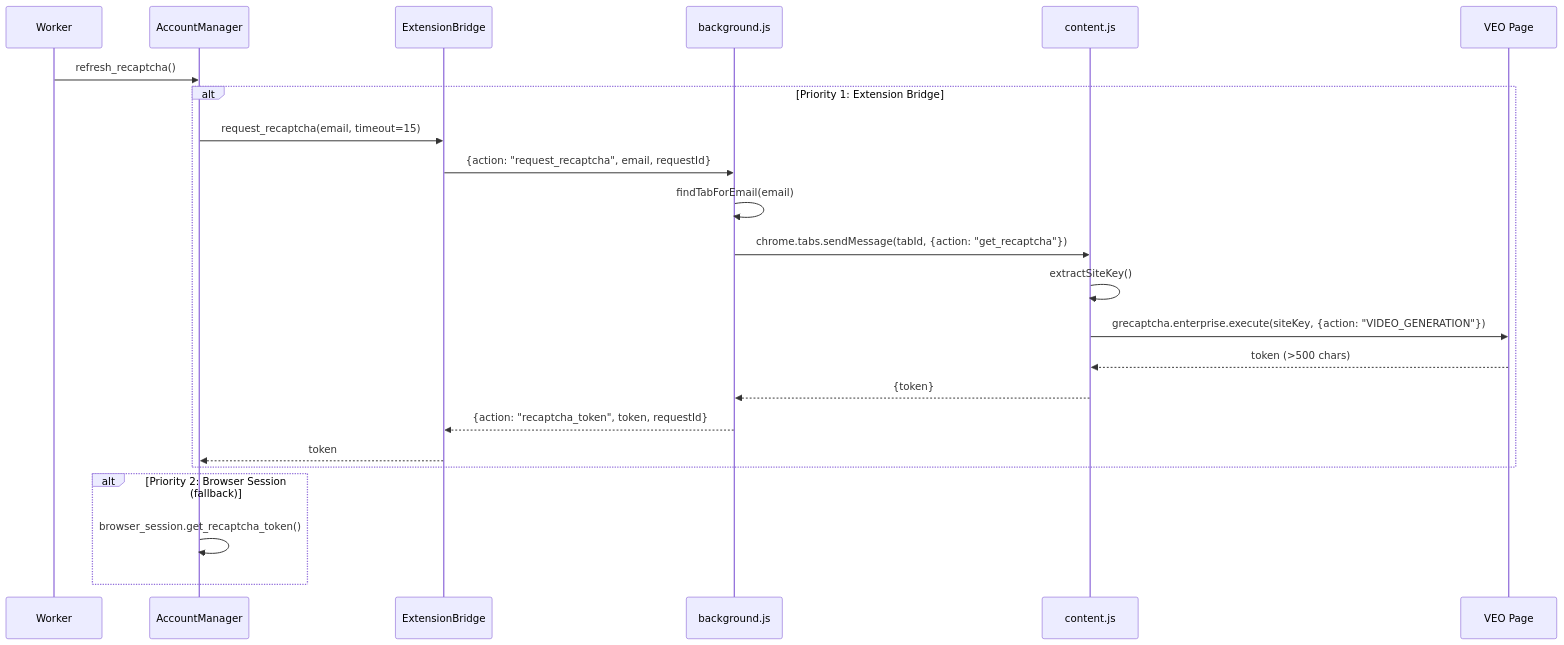
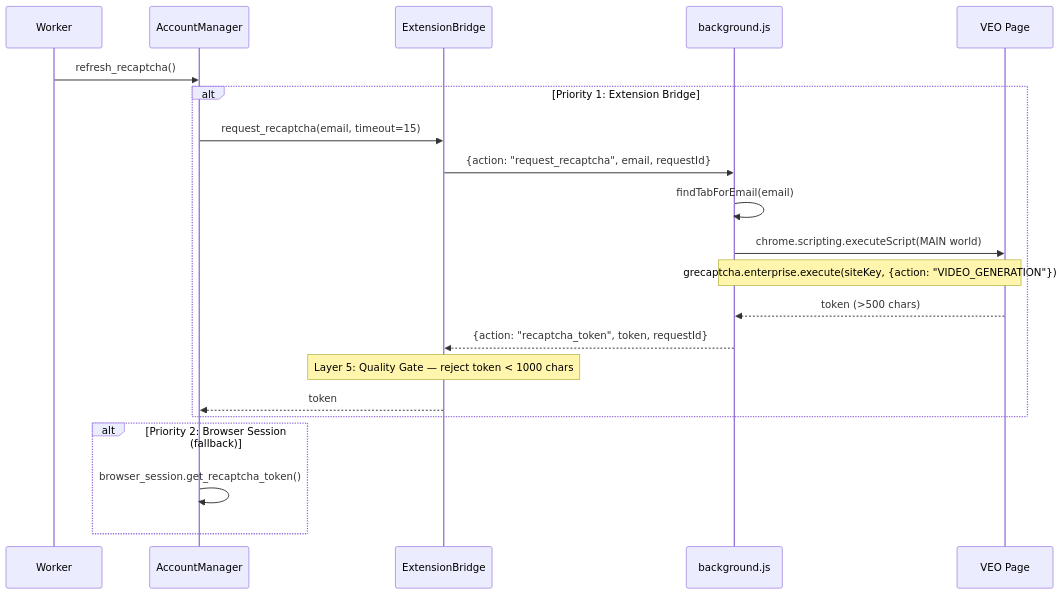
One commit to lynkvproerror/vadveopromax changed the fourth of 8 diagrams in 00 - Documentation/extension_website_lifecycle.md. Above: the diagram before and after it, drawn with Mermaid. The commit also changed other lines of this file and 50 other files, not shown here.

````diff
--- a/00 - Documentation/extension_website_lifecycle.md
+++ b/00 - Documentation/extension_website_lifecycle.md
@@ -155,28 +155,26 @@
 ```mermaid
 sequenceDiagram
     participant W as Worker
     participant AM as AccountManager
     participant EB as ExtensionBridge
     participant BG as background.js
-    participant CS as content.js
     participant VEO as VEO Page
 
     W->>AM: refresh_recaptcha()
     
     alt Priority 1: Extension Bridge
         AM->>EB: request_recaptcha(email, timeout=15)
         EB->>BG: {action: "request_recaptcha", email, requestId}
         BG->>BG: findTabForEmail(email)
-        BG->>CS: chrome.tabs.sendMessage(tabId, {action: "get_recaptcha"})
-        CS->>CS: extractSiteKey()
-        CS->>VEO: grecaptcha.enterprise.execute(siteKey, {action: "VIDEO_GENERATION"})
-        VEO-->>CS: token (>500 chars)
-        CS-->>BG: {token}
+        BG->>VEO: chrome.scripting.executeScript(MAIN world)
+        Note over BG,VEO: grecaptcha.enterprise.execute(siteKey, {action: "VIDEO_GENERATION"})
+        VEO-->>BG: token (>500 chars)
         BG-->>EB: {action: "recaptcha_token", token, requestId}
+        Note over EB: Layer 5: Quality Gate — reject token < 1000 chars
         EB-->>AM: token
     end
 
     alt Priority 2: Browser Session (fallback)
         AM->>AM: browser_session.get_recaptcha_token()
     end
 ```
````
